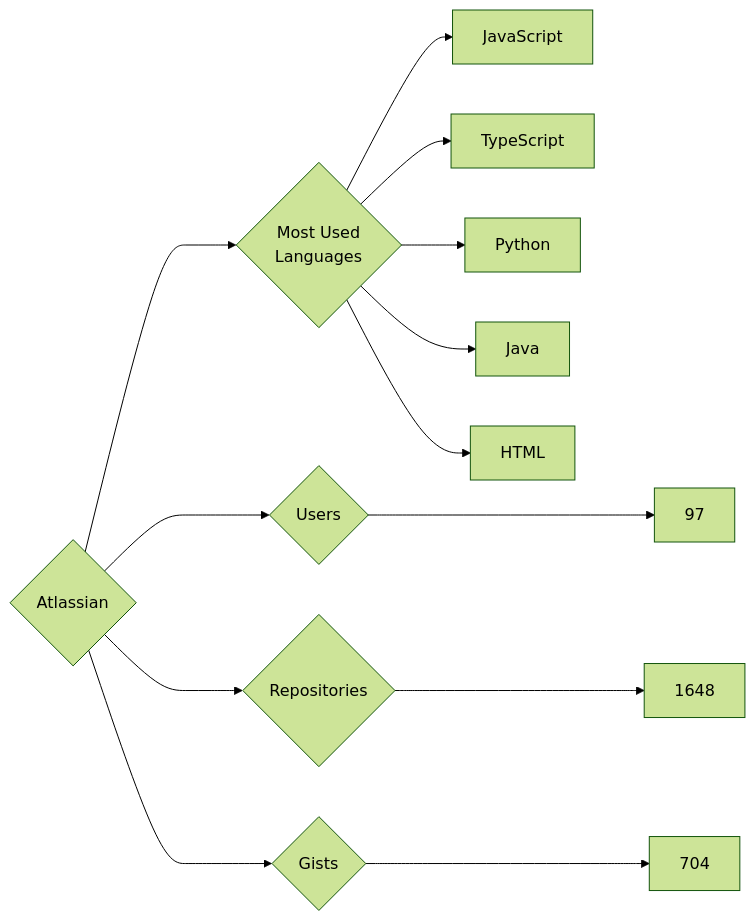
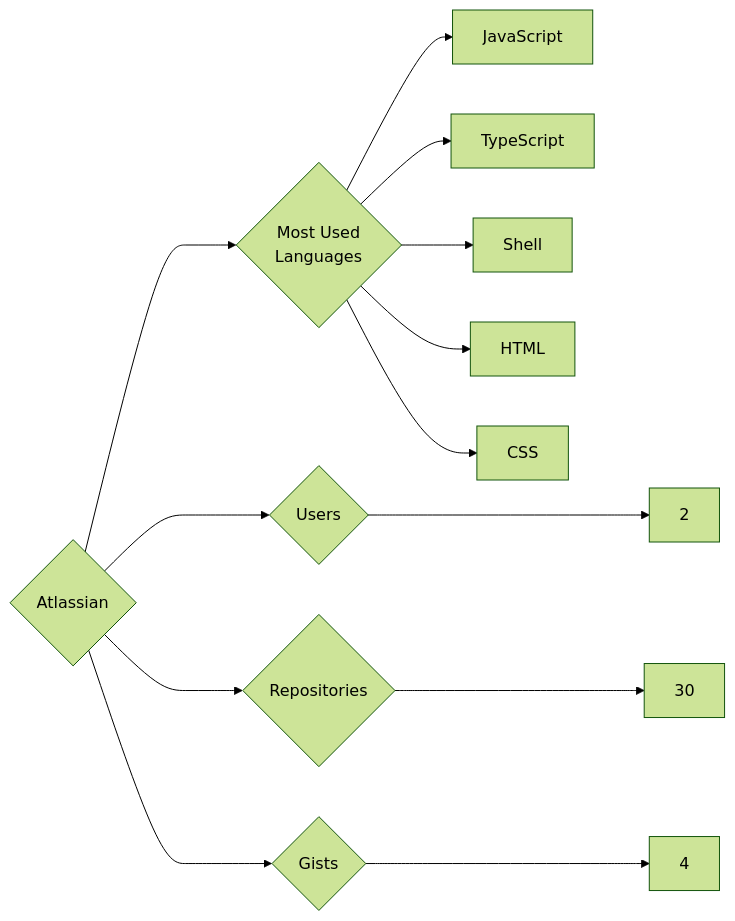
Before and after one commit to trickest/insiders: the diagram in targets/Atlassian/README.md, drawn with Mermaid (forest theme). The commit also changed 872 other files, not shown here.

````diff
--- a/targets/Atlassian/README.md
+++ b/targets/Atlassian/README.md
@@ -3,13 +3,13 @@
 ```mermaid
 graph LR
 COMPANY_NAME{Atlassian}
-COMPANY_NAME ---> U{Users} ---> UN[97]
-COMPANY_NAME ---> R{Repositories} ---> RN[1648]
-COMPANY_NAME ---> G{Gists} ---> GN[704]
+COMPANY_NAME ---> U{Users} ---> UN[2]
+COMPANY_NAME ---> R{Repositories} ---> RN[30]
+COMPANY_NAME ---> G{Gists} ---> GN[4]
 COMPANY_NAME ---> ML{Most Used<br>Languages}
 ML --> JavaScript[JavaScript]
 ML --> TypeScript[TypeScript]
-ML --> Python[Python]
-ML --> Java[Java]
+ML --> Shell[Shell]
 ML --> HTML[HTML]
+ML --> CSS[CSS]
 ```
````
